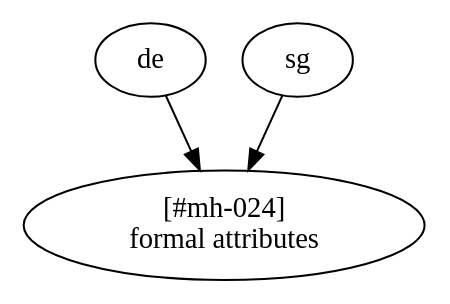
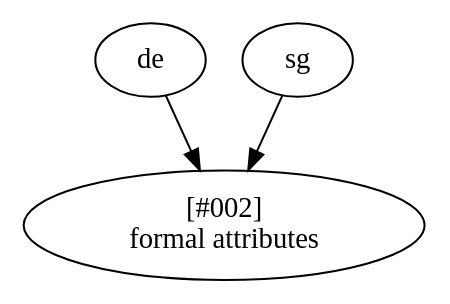
The diagram in lib/skylab/fields/doc/issues/001/graph.dot (hipe/tmx), drawn with Graphviz before and after one commit. The commit also changed 49 other files, not shown here.

```diff
--- a/lib/skylab/fields/doc/issues/001/graph.dot
+++ b/lib/skylab/fields/doc/issues/001/graph.dot
@@ -1,7 +1,7 @@
 digraph g {
 
-  mh_024 [ label="[#mh-024]\nformal attributes" ]
+  002 [ label="[#002]\nformal attributes" ]
 
-  de -> mh_024
-  sg -> mh_024
+  de -> 002
+  sg -> 002
 }
```
